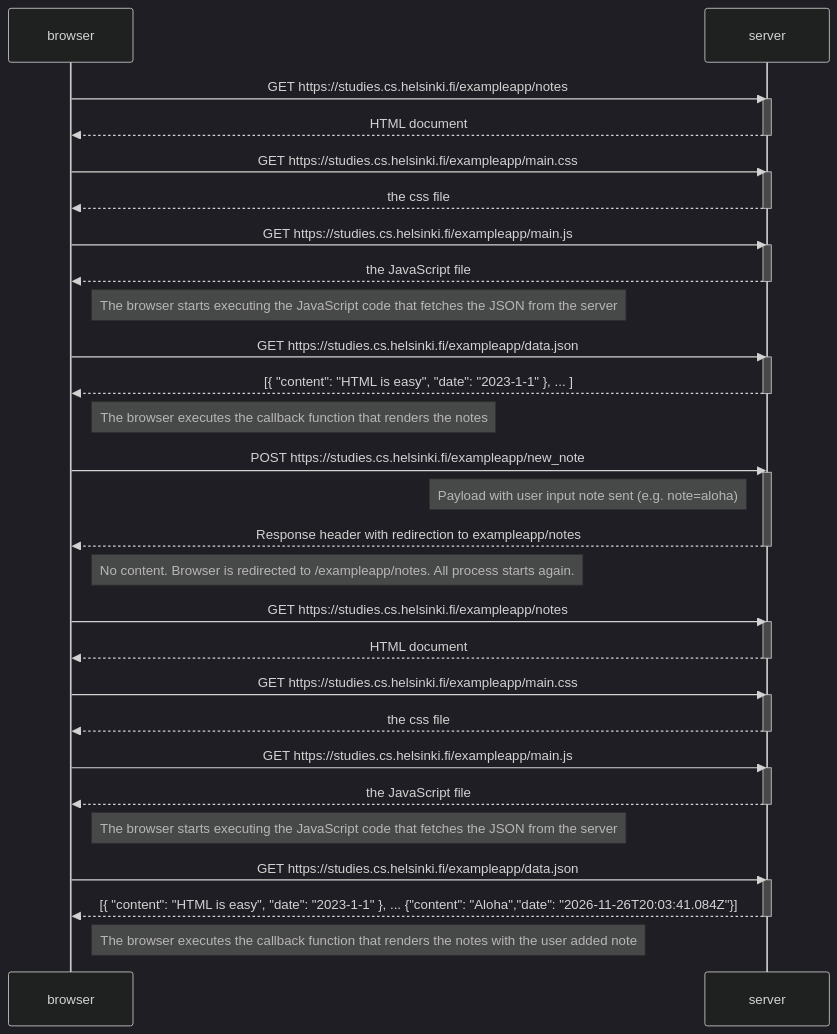
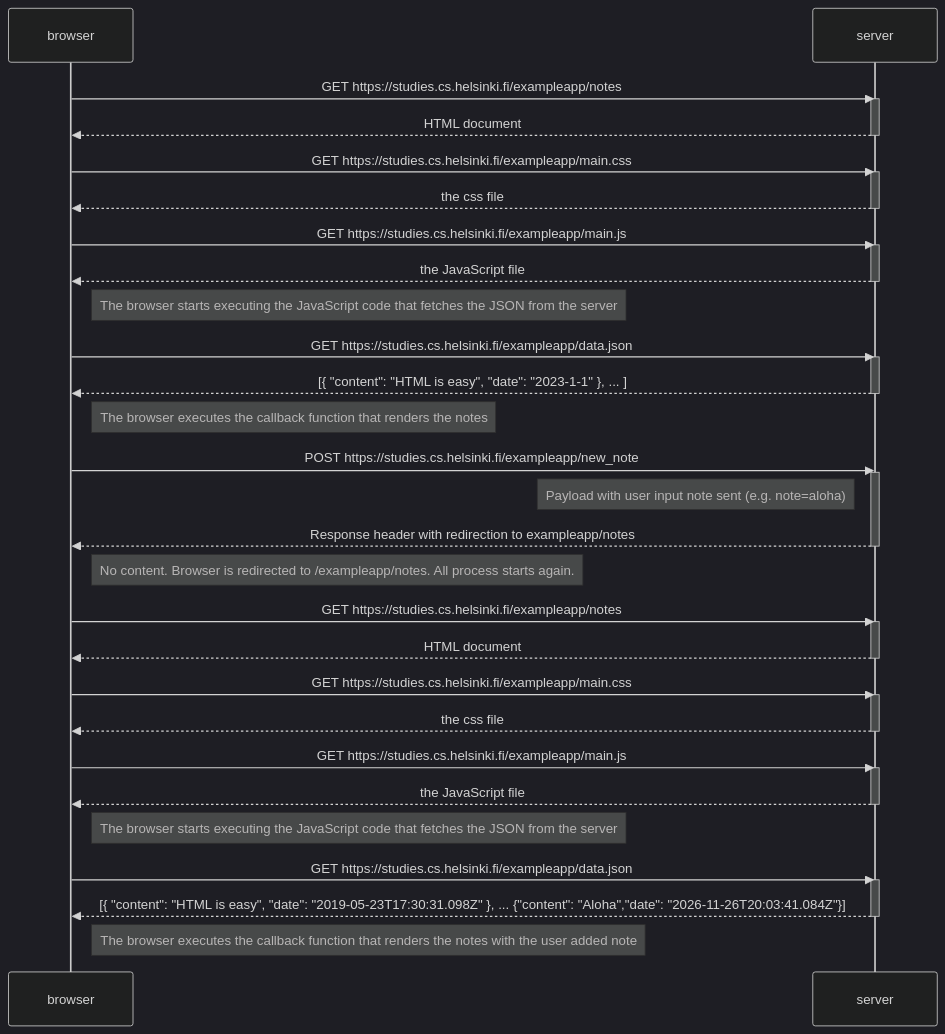
One commit to caramujosan/Full-Stack-open changed the diagram in part0/04-new-note-diagram.md. Above: the diagram before and after it, drawn with Mermaid (dark theme).

Commit message:
Update date in JSON response example

````diff
--- a/part0/04-new-note-diagram.md
+++ b/part0/04-new-note-diagram.md
@@ -1,63 +1,63 @@
 ```mermaid
 sequenceDiagram
     participant browser
     participant server
 
     browser->>server: GET https://studies.cs.helsinki.fi/exampleapp/notes
     activate server
     server-->>browser: HTML document
     deactivate server
 
     browser->>server: GET https://studies.cs.helsinki.fi/exampleapp/main.css
     activate server
     server-->>browser: the css file
     deactivate server
 
     browser->>server: GET https://studies.cs.helsinki.fi/exampleapp/main.js
     activate server
     server-->>browser: the JavaScript file
     deactivate server
 
     Note right of browser: The browser starts executing the JavaScript code that fetches the JSON from the server
 
     browser->>server: GET https://studies.cs.helsinki.fi/exampleapp/data.json
     activate server
     server-->>browser: [{ "content": "HTML is easy", "date": "2023-1-1" }, ... ]
     deactivate server
 
     Note right of browser: The browser executes the callback function that renders the notes
 
     browser->>server: POST https://studies.cs.helsinki.fi/exampleapp/new_note
     activate server
 
     Note left of server: Payload with user input note sent (e.g. note=aloha)
 
     server-->>browser: Response header with redirection to exampleapp/notes
     deactivate server
 
     Note right of browser: No content. Browser is redirected to /exampleapp/notes. All process starts again.
 
     browser->>server: GET https://studies.cs.helsinki.fi/exampleapp/notes
     activate server
     server-->>browser: HTML document
     deactivate server
 
     browser->>server: GET https://studies.cs.helsinki.fi/exampleapp/main.css
     activate server
     server-->>browser: the css file
     deactivate server
 
     browser->>server: GET https://studies.cs.helsinki.fi/exampleapp/main.js
     activate server
     server-->>browser: the JavaScript file
     deactivate server
 
     Note right of browser: The browser starts executing the JavaScript code that fetches the JSON from the server
 
     browser->>server: GET https://studies.cs.helsinki.fi/exampleapp/data.json
     activate server
-    server-->>browser: [{ "content": "HTML is easy", "date": "2023-1-1" }, ... {"content": "Aloha","date": "2026-11-26T20:03:41.084Z"}]
+    server-->>browser: [{ "content": "HTML is easy", "date": "2019-05-23T17:30:31.098Z" }, ... {"content": "Aloha","date": "2026-11-26T20:03:41.084Z"}]
     deactivate server
 
     Note right of browser: The browser executes the callback function that renders the notes with the user added note
 ```
````
